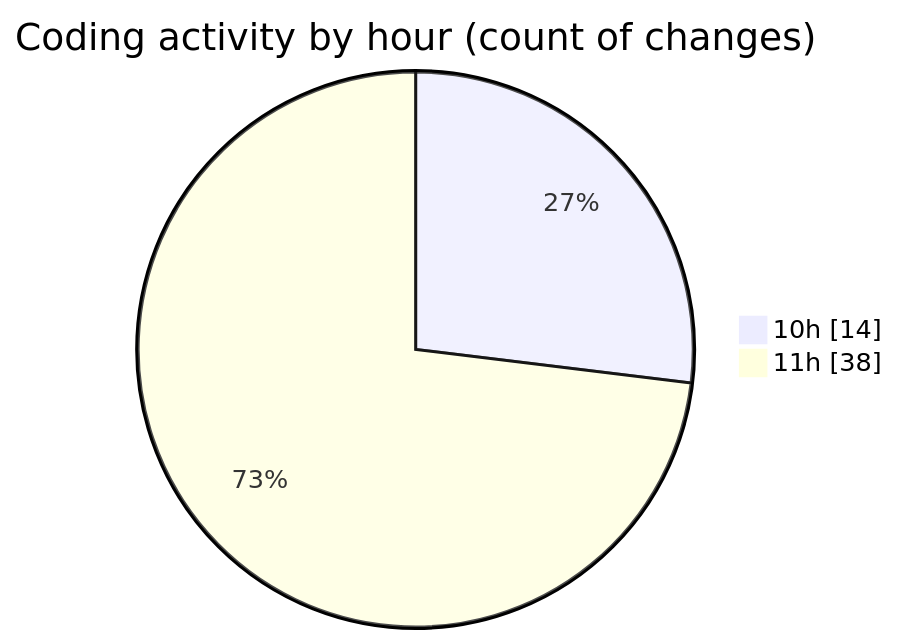
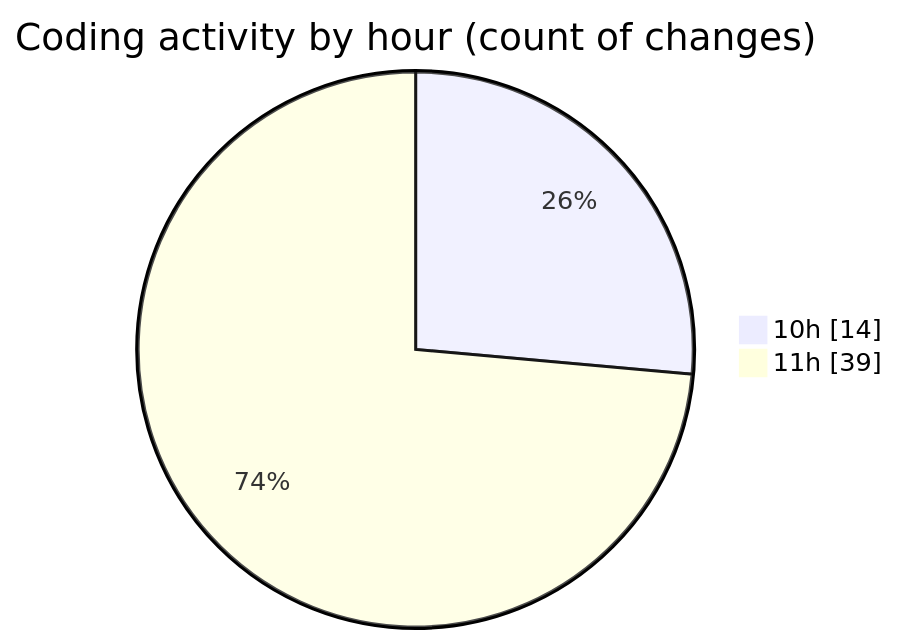
Before and after one commit to robertbonfada/code-tracking: the second of 2 diagrams in 2025-01-10/primeiro-site/README.md, drawn with Mermaid. The commit also changed other lines of this file and 1 other file, not shown here.

````diff
--- a/2025-01-10/primeiro-site/README.md
+++ b/2025-01-10/primeiro-site/README.md
@@ -31,6 +31,6 @@
 ```mermaid
 pie showData
 title Coding activity by hour (count of changes)
 "10h" : 14
-"11h" : 38
+"11h" : 39
 ```
````
